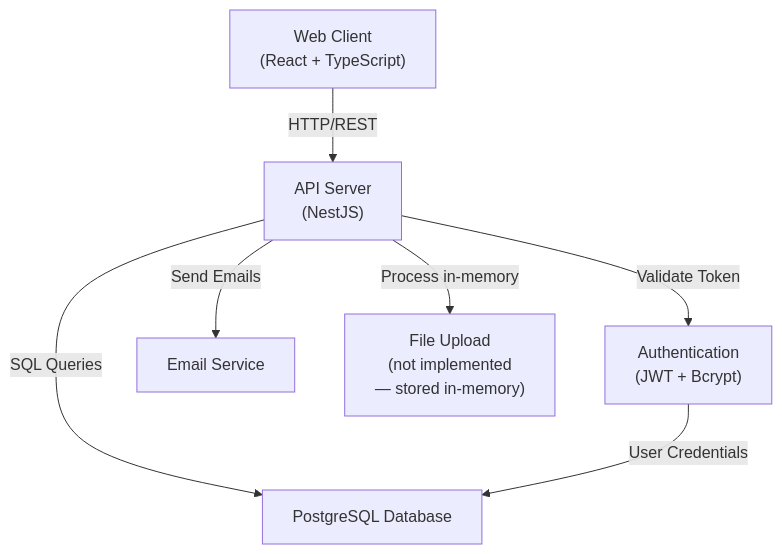
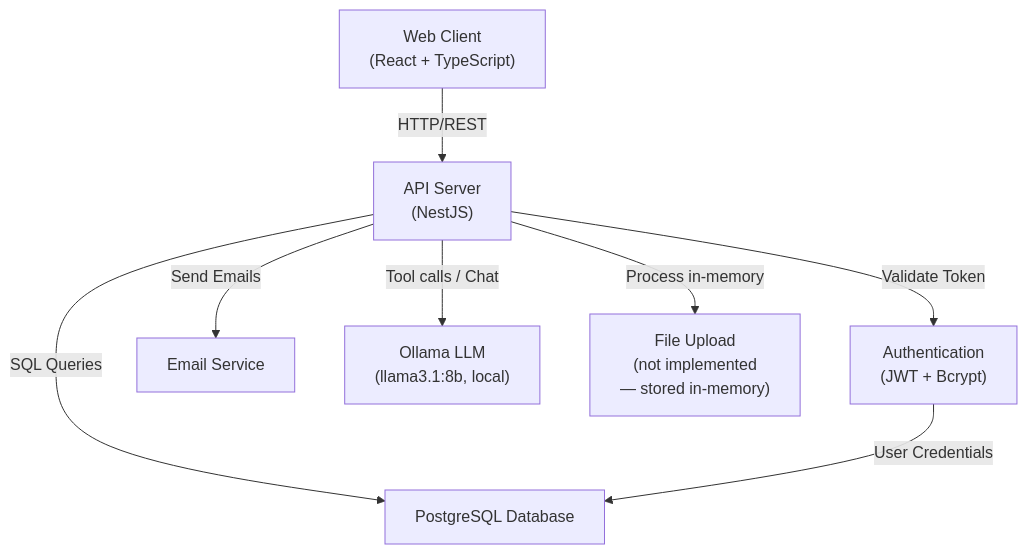
One commit to tusharb8/dsa_sheet changed the first of 12 diagrams in HLD.md. Above: the diagram before and after it, drawn with Mermaid. The commit also changed other lines of this file and 14 other files, not shown here.

Commit message:
Add Ollama chatbot with DSA tool calling and update docs

````diff
--- a/HLD.md
+++ b/HLD.md
@@ -13,17 +13,19 @@
 ```mermaid
 graph TB
     Client["Web Client<br/>(React + TypeScript)"]
     Server["API Server<br/>(NestJS)"]
     Auth["Authentication<br/>(JWT + Bcrypt)"]
     DB["PostgreSQL Database"]
     Email["Email Service"]
+    Ollama["Ollama LLM<br/>(llama3.1:8b, local)"]
     Storage["File Upload<br/>Service"]
     
     Client -->|HTTP/REST| Server
     Server -->|Validate Token| Auth
     Server -->|SQL Queries| DB
     Server -->|Send Emails| Email
+    Server -->|Tool calls / Chat| Ollama
     Server -->|Process in-memory| Storage["File Upload<br/>(not implemented<br/>— stored in-memory)"]
     
     Auth -->|User Credentials| DB
 ```
````
